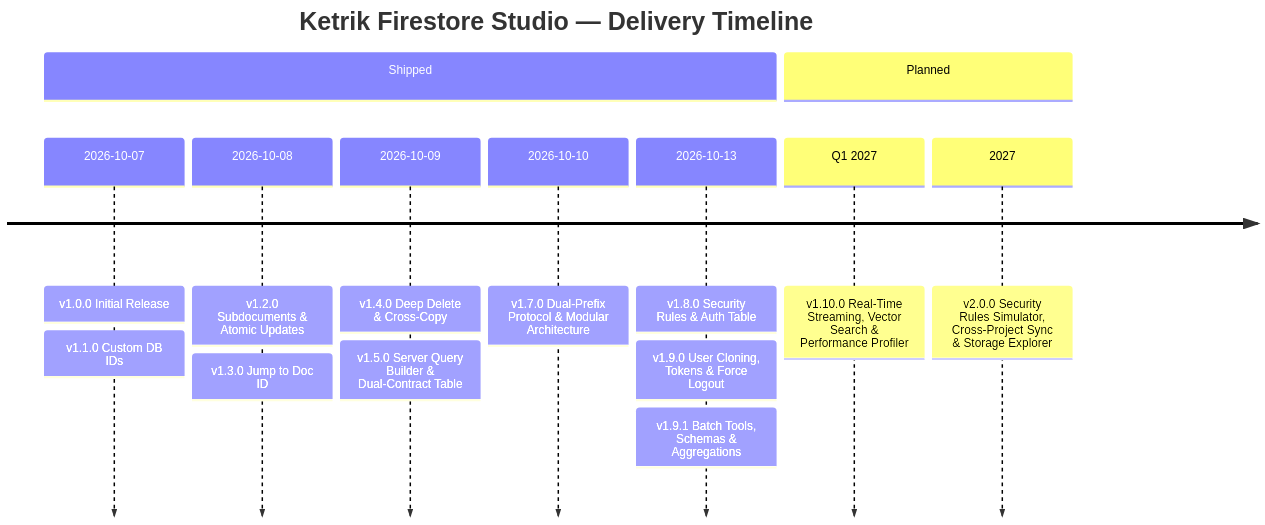
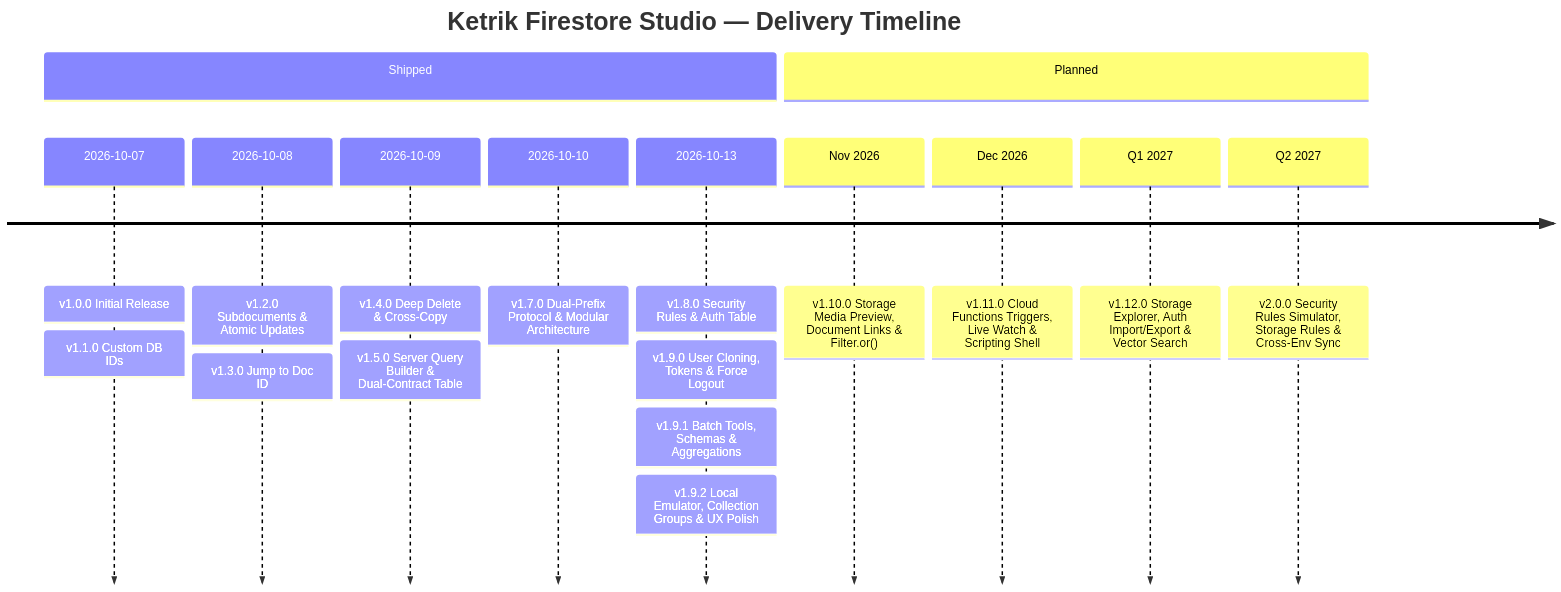
The diagram in ROADMAP.md (ketrik/ketrik-firestore-studio), drawn with Mermaid before and after one commit. The commit also changed other lines of this file and 18 other files, not shown here.

````diff
--- a/ROADMAP.md
+++ b/ROADMAP.md
@@ -5,13 +5,15 @@
 ```mermaid
 timeline
     title Ketrik Firestore Studio — Delivery Timeline
     section Shipped
         2026-10-07 : v1.0.0 Initial Release : v1.1.0 Custom DB IDs
         2026-10-08 : v1.2.0 Subdocuments & Atomic Updates : v1.3.0 Jump to Doc ID
         2026-10-09 : v1.4.0 Deep Delete & Cross-Copy : v1.5.0 Server Query Builder & Dual-Contract Table
         2026-10-10 : v1.7.0 Dual-Prefix Protocol & Modular Architecture
-        2026-10-13 : v1.8.0 Security Rules & Auth Table : v1.9.0 User Cloning, Tokens & Force Logout : v1.9.1 Batch Tools, Schemas & Aggregations
+        2026-10-13 : v1.8.0 Security Rules & Auth Table : v1.9.0 User Cloning, Tokens & Force Logout : v1.9.1 Batch Tools, Schemas & Aggregations : v1.9.2 Local Emulator, Collection Groups & UX Polish
     section Planned
-        Q1 2027 : v1.10.0 Real-Time Streaming, Vector Search & Performance Profiler
-        2027 : v2.0.0 Security Rules Simulator, Cross-Project Sync & Storage Explorer
+        Nov 2026 : v1.10.0 Storage Media Preview, Document Links & Filter.or()
+        Dec 2026 : v1.11.0 Cloud Functions Triggers, Live Watch & Scripting Shell
+        Q1 2027 : v1.12.0 Storage Explorer, Auth Import/Export & Vector Search
+        Q2 2027 : v2.0.0 Security Rules Simulator, Storage Rules & Cross-Env Sync
 ```
````
